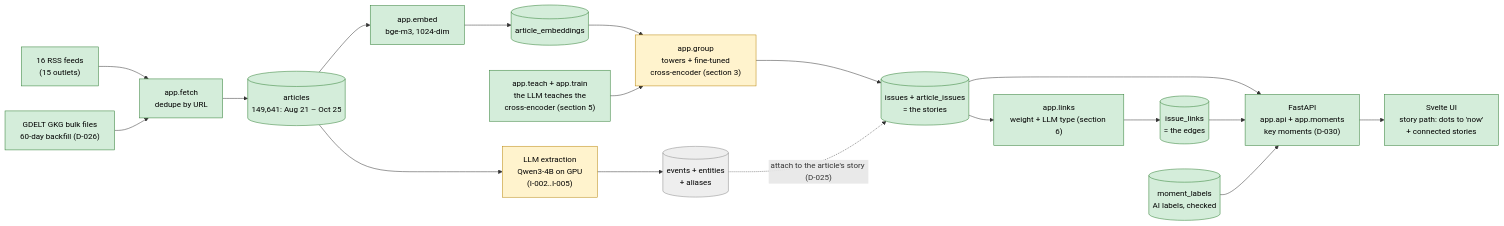
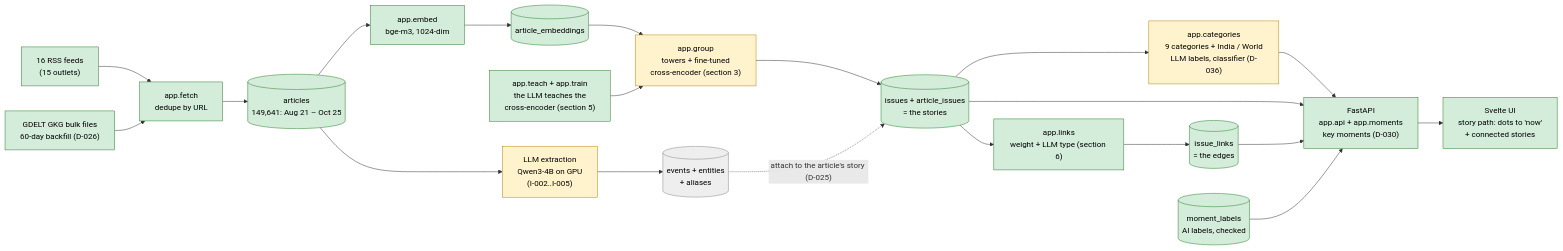
Before and after one commit to joybratasarkar/smriti: the first of 11 diagrams in docs/WORKFLOW.md, drawn with Mermaid. The commit also changed other lines of this file and 14 other files, not shown here.

First line of the commit message:
Handoff: news categories (D-036), simpler cards (D-037), English only (D-038), LLM referee for AI text (I-022)

````diff
--- a/docs/WORKFLOW.md
+++ b/docs/WORKFLOW.md
@@ -11,28 +11,30 @@
 ```mermaid
 flowchart LR
     RSS["16 RSS feeds<br/>(15 outlets)"] --> F["app.fetch<br/>dedupe by URL"]
     GD["GDELT GKG bulk files<br/>60-day backfill (D-026)"] --> F
     F --> A[("articles<br/>149,641: Aug 21 – Oct 25")]
     A --> E["app.embed<br/>bge-m3, 1024-dim"]
     E --> V[("article_embeddings")]
     V --> G["app.group<br/>towers + fine-tuned<br/>cross-encoder (section 3)"]
     T["app.teach + app.train<br/>the LLM teaches the<br/>cross-encoder (section 5)"] --> G
     G --> I[("issues + article_issues<br/>= the stories")]
+    I --> CAT["app.categories<br/>9 categories + India / World<br/>LLM labels, classifier (D-036)"]
+    CAT --> API
     I --> LK["app.links<br/>weight + LLM type (section 6)"]
     LK --> L[("issue_links<br/>= the edges")]
     I --> API["FastAPI<br/>app.api + app.moments<br/>key moments (D-030)"] --> UI["Svelte UI<br/>story path: dots to 'now'<br/>+ connected stories"]
     L --> API
     ML[("moment_labels<br/>AI labels, checked")] --> API
 
     A --> X["LLM extraction<br/>Qwen3-4B on GPU<br/>(I-002..I-005)"]
     X --> EV[("events + entities<br/>+ aliases")]
     EV -. "attach to the article's story (D-025)" .-> I
 
     classDef done fill:#d4edda,stroke:#2e7d32,color:#000
     classDef testing fill:#fff3cd,stroke:#b8860b,color:#000
     classDef planned fill:#eeeeee,stroke:#888,color:#000
     classDef blocked fill:#f8d7da,stroke:#c62828,color:#000
     class RSS,GD,F,A,E,V,T,I,LK,L,API,UI,ML done
-    class G,X testing
+    class G,X,CAT testing
     class EV planned
 ```
````
